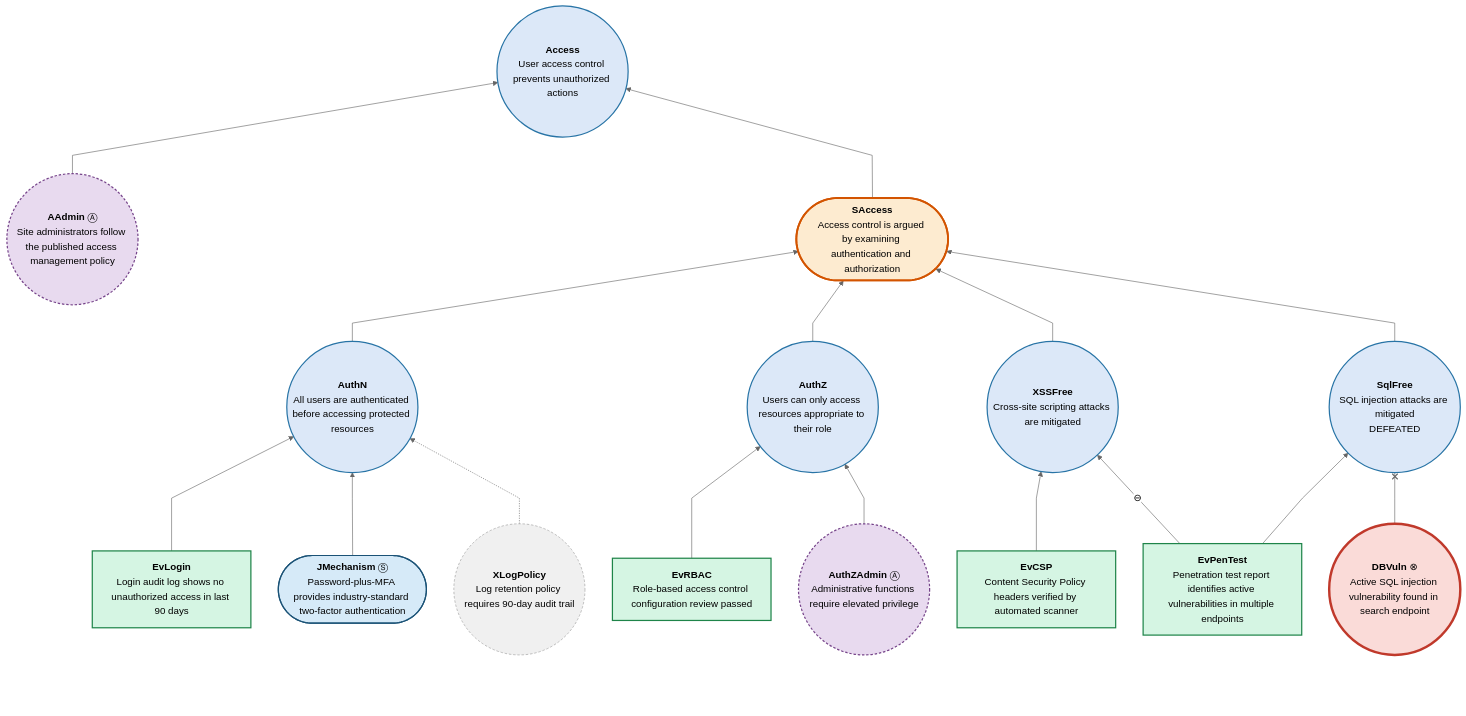
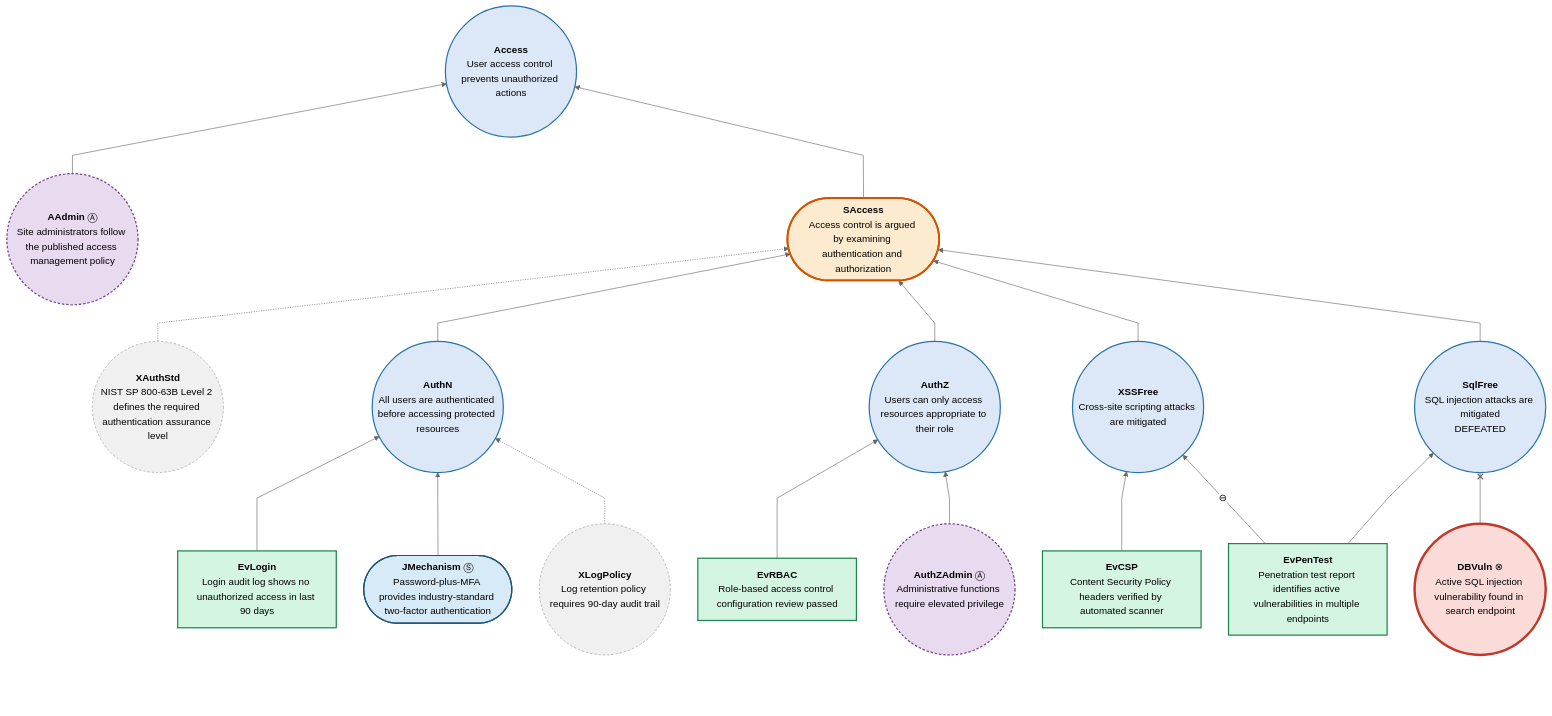
The tenth of 12 diagrams in tests/fixtures/demo-output.expected.md (david-a-wheeler/caseproc), drawn with Mermaid before and after one commit. The commit also changed other lines of this file and 3 other files, not shown here.

````diff
--- a/tests/fixtures/demo-output.expected.md
+++ b/tests/fixtures/demo-output.expected.md
@@ -461,78 +618,82 @@
 ```mermaid
 ---
 config:
   theme: neutral
   flowchart:
     curve: linear
     htmlLabels: true
     rankSpacing: 60
     nodeSpacing: 45
     padding: 15
 ---
 flowchart BT
     classDef invisible        opacity:0
     classDef connector        fill:none,stroke:#cccccc,stroke-width:1px
     classDef caeClaimClass    fill:#dce8f8,stroke:#2874a6,stroke-width:2px,color:#000
     classDef caeArgClass      fill:#fdebd0,stroke:#d35400,stroke-width:3px,color:#000
     classDef caeEvidClass     fill:#d5f5e3,stroke:#1e8449,stroke-width:2px,color:#000
     classDef caeInfoClass     fill:#f0f0f0,stroke:#999999,stroke-width:1px,stroke-dasharray:4 3,color:#000
     classDef caeAssumedClass  fill:#e8daef,stroke:#76448a,stroke-width:2px,stroke-dasharray:4 3,color:#000
     classDef caeSideClass     fill:#d6eaf8,stroke:#1a5276,stroke-width:2px,color:#000
     classDef caeDefeaterClass fill:#fadbd8,stroke:#c0392b,stroke-width:4px,color:#000
     classDef abstractClaim    stroke-width:2px,stroke-dasharray:5 5
     Access(("<b>Access</b><br>User access control prevents unauthorized actions")):::caeClaimClass
     AAdmin(("<b>AAdmin</b>&nbsp;Ⓐ<br>Site administrators follow the published access management policy")):::caeAssumedClass
     SAccess(["<b>SAccess</b><br>Access control is argued by examining authentication and authorization"]):::caeArgClass
+    XAuthStd(("<b>XAuthStd</b><br>NIST SP 800-63B Level 2 defines the required authentication assurance level")):::caeInfoClass
     AuthN(("<b>AuthN</b><br>All users are authenticated before accessing protected resources")):::caeClaimClass
     AuthZ(("<b>AuthZ</b><br>Users can only access resources appropriate to their role")):::caeClaimClass
     XSSFree(("<b>XSSFree</b><br>Cross-site scripting attacks are mitigated")):::caeClaimClass
     SqlFree(("<b>SqlFree</b><br>SQL injection attacks are mitigated<br>DEFEATED")):::caeClaimClass
     EvLogin["<b>EvLogin</b><br>Login audit log shows no unauthorized access in last 90 days"]:::caeEvidClass
     JMechanism(["<b>JMechanism</b>&nbsp;Ⓢ<br>Password-plus-MFA provides industry-standard two-factor authentication"]):::caeSideClass
     XLogPolicy(("<b>XLogPolicy</b><br>Log retention policy requires 90-day audit trail")):::caeInfoClass
     EvRBAC["<b>EvRBAC</b><br>Role-based access control configuration review passed"]:::caeEvidClass
     AuthZAdmin(("<b>AuthZAdmin</b>&nbsp;Ⓐ<br>Administrative functions require elevated privilege")):::caeAssumedClass
     EvCSP["<b>EvCSP</b><br>Content Security Policy headers verified by automated scanner"]:::caeEvidClass
     EvPenTest["<b>EvPenTest</b><br>Penetration test report identifies active vulnerabilities in multiple endpoints"]:::caeEvidClass
     DBVuln(("<b>DBVuln</b>&nbsp;⊗<br>Active SQL injection vulnerability found in search endpoint")):::caeDefeaterClass
     click Access "https://github.com/david-a-wheeler/verocase/blob/main/tests/fixtures/demo-output.expected.md#claim-access"
     click AAdmin "https://github.com/david-a-wheeler/verocase/blob/main/tests/fixtures/demo-output.expected.md#assumption-aadmin"
     click SAccess "https://github.com/david-a-wheeler/verocase/blob/main/tests/fixtures/demo-output.expected.md#strategy-saccess"
+    click XAuthStd "https://github.com/david-a-wheeler/verocase/blob/main/tests/fixtures/demo-output.expected.md#context-xauthstd"
     click AuthN "https://github.com/david-a-wheeler/verocase/blob/main/tests/fixtures/demo-output.expected.md#claim-authn"
     click AuthZ "https://github.com/david-a-wheeler/verocase/blob/main/tests/fixtures/demo-output.expected.md#claim-authz"
     click XSSFree "https://github.com/david-a-wheeler/verocase/blob/main/tests/fixtures/demo-output.expected.md#claim-xssfree"
     click SqlFree "https://github.com/david-a-wheeler/verocase/blob/main/tests/fixtures/demo-output.expected.md#claim-sqlfree"
     click EvLogin "https://github.com/david-a-wheeler/verocase/blob/main/tests/fixtures/demo-output.expected.md#evidence-evlogin"
     click JMechanism "https://github.com/david-a-wheeler/verocase/blob/main/tests/fixtures/demo-output.expected.md#justification-jmechanism"
     click XLogPolicy "https://github.com/david-a-wheeler/verocase/blob/main/tests/fixtures/demo-output.expected.md#context-xlogpolicy"
     click EvRBAC "https://github.com/david-a-wheeler/verocase/blob/main/tests/fixtures/demo-output.expected.md#evidence-evrbac"
     click AuthZAdmin "https://github.com/david-a-wheeler/verocase/blob/main/tests/fixtures/demo-output.expected.md#claim-authzadmin"
     click EvCSP "https://github.com/david-a-wheeler/verocase/blob/main/tests/fixtures/demo-output.expected.md#evidence-evcsp"
     click EvPenTest "https://github.com/david-a-wheeler/verocase/blob/main/tests/fixtures/demo-output.expected.md#evidence-evpentest"
     click DBVuln "https://github.com/david-a-wheeler/verocase/blob/main/tests/fixtures/demo-output.expected.md#claim-dbvuln"
 
     BottomPadding[ ]:::invisible ~~~ AAdmin
+    BottomPadding ~~~ XAuthStd
     BottomPadding ~~~ EvLogin
     BottomPadding ~~~ JMechanism
     BottomPadding ~~~ XLogPolicy
     BottomPadding ~~~ EvRBAC
     BottomPadding ~~~ AuthZAdmin
     BottomPadding ~~~ EvCSP
     BottomPadding ~~~ EvPenTest
     BottomPadding ~~~ DBVuln
     AAdmin --> Access
+    XAuthStd -.-> SAccess
     EvLogin --> AuthN
     JMechanism --> AuthN
     XLogPolicy -.-> AuthN
     AuthN --> SAccess
     EvRBAC --> AuthZ
     AuthZAdmin --> AuthZ
     AuthZ --> SAccess
     EvCSP --> XSSFree
     EvPenTest -->|⊖| XSSFree
     XSSFree --> SAccess
     EvPenTest --> SqlFree
     DBVuln --x SqlFree
     SqlFree --> SAccess
     SAccess --> Access
 ```
````
